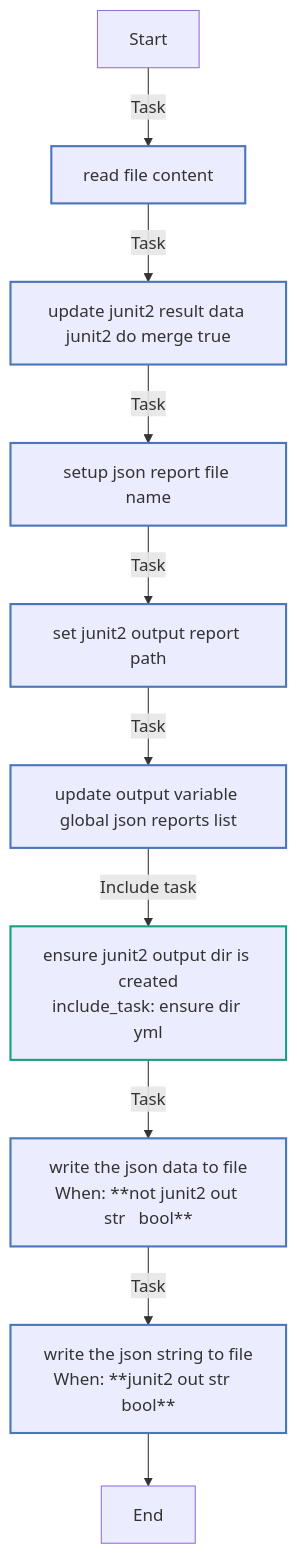
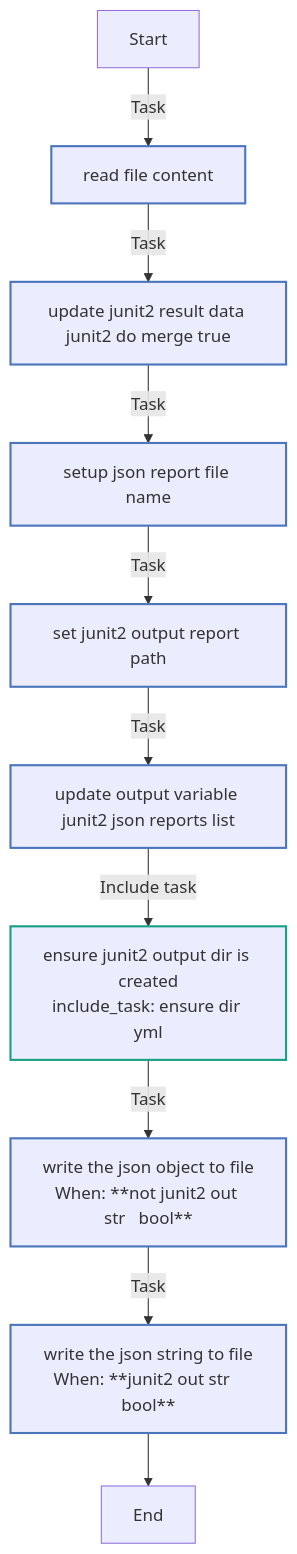
One commit to mvk/eco-ci-cd changed the first of 6 diagrams in playbooks/infra/reporting/roles/junit2json/README.md. Above: the diagram before and after it, drawn with Mermaid. The commit also changed other lines of this file and 2 other files, not shown here.

First line of the commit message:
ROLE: update role `junit2json`

````diff
--- a/playbooks/infra/reporting/roles/junit2json/README.md
+++ b/playbooks/infra/reporting/roles/junit2json/README.md
@@ -148,22 +157,22 @@
 ```mermaid
 flowchart TD
 Start
 classDef block stroke:#3498db,stroke-width:2px;
 classDef task stroke:#4b76bb,stroke-width:2px;
 classDef includeTasks stroke:#16a085,stroke-width:2px;
 classDef importTasks stroke:#34495e,stroke-width:2px;
 classDef includeRole stroke:#2980b9,stroke-width:2px;
 classDef importRole stroke:#699ba7,stroke-width:2px;
 classDef includeVars stroke:#8e44ad,stroke-width:2px;
 classDef rescue stroke:#665352,stroke-width:2px;
 
   Start-->|Task| Read_file_content0[read file content]:::task
   Read_file_content0-->|Task| Update_junit2_result_data_junit2_do_merge_true1[update junit2 result data junit2 do merge true]:::task
   Update_junit2_result_data_junit2_do_merge_true1-->|Task| Setup_JSON_report_file_name2[setup json report file name]:::task
   Setup_JSON_report_file_name2-->|Task| Set_junit2_output_report_path3[set junit2 output report path]:::task
-  Set_junit2_output_report_path3-->|Task| Update_output_variable_global_json_reports_list4[update output variable global json reports list]:::task
-  Update_output_variable_global_json_reports_list4-->|Include task| ensure_dir_yml5[ensure junit2 output dir is created<br>include_task: ensure dir yml]:::includeTasks
-  ensure_dir_yml5-->|Task| Write_the_json_data_to_file6[write the json data to file<br>When: **not junit2 out str   bool**]:::task
-  Write_the_json_data_to_file6-->|Task| Write_the_json_string_to_file7[write the json string to file<br>When: **junit2 out str   bool**]:::task
+  Set_junit2_output_report_path3-->|Task| Update_output_variable_junit2_json_reports_list4[update output variable junit2 json reports list]:::task
+  Update_output_variable_junit2_json_reports_list4-->|Include task| ensure_dir_yml5[ensure junit2 output dir is created<br>include_task: ensure dir yml]:::includeTasks
+  ensure_dir_yml5-->|Task| Write_the_json_object_to_file6[write the json object to file<br>When: **not junit2 out str   bool**]:::task
+  Write_the_json_object_to_file6-->|Task| Write_the_json_string_to_file7[write the json string to file<br>When: **junit2 out str   bool**]:::task
   Write_the_json_string_to_file7-->End
 ```
````
